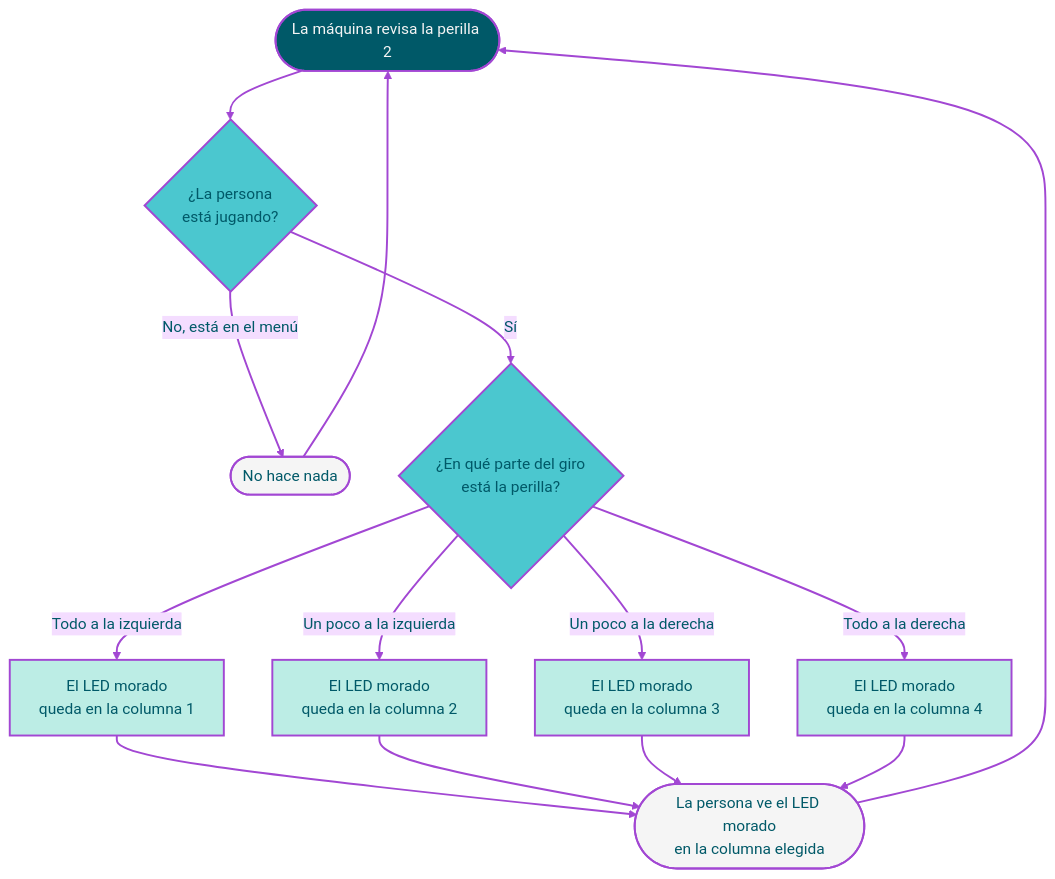
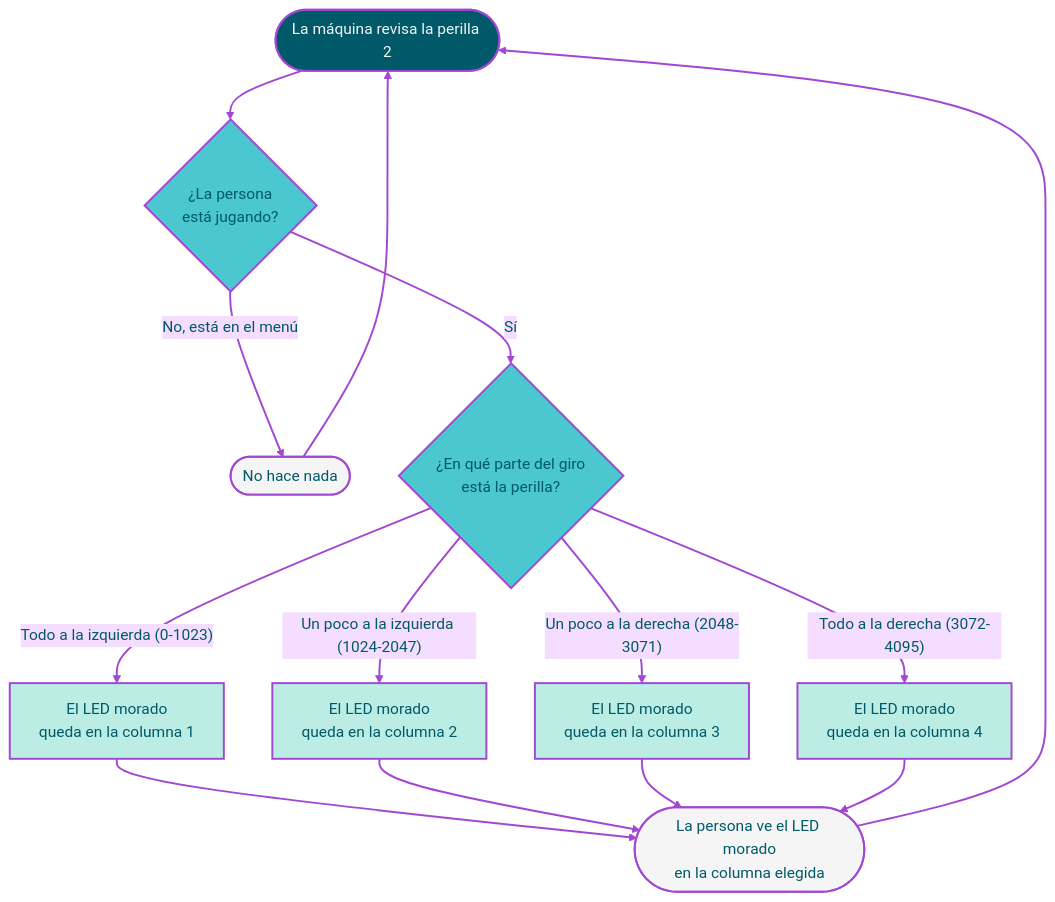
The sixth of 6 diagrams in 00-proyecto-2/grupo-05/README.md (Narelyriquelme/dis8645-2026-2-procesos-2), drawn with Mermaid before and after one commit. The commit also changed other lines of this file, not shown here.

````diff
--- a/00-proyecto-2/grupo-05/README.md
+++ b/00-proyecto-2/grupo-05/README.md
@@ -303,31 +303,31 @@
 ```mermaid
 %%{init: {'theme':'base','themeVariables':{'fontFamily':'Arial','lineColor':'#A247D3','primaryTextColor':'#005968'}}}%%
 flowchart TD
     A([La máquina revisa la perilla 2]) --> B{"¿La persona<br/>está jugando?"}
     B -- No, está en el menú --> C(["No hace nada"])
     C --> A
 
     B -- Sí --> D{"¿En qué parte del giro<br/>está la perilla?"}
-    D -- Todo a la izquierda --> E["El LED morado<br/>queda en la columna 1"]
-    D -- Un poco a la izquierda --> F["El LED morado<br/>queda en la columna 2"]
-    D -- Un poco a la derecha --> G["El LED morado<br/>queda en la columna 3"]
-    D -- Todo a la derecha --> H["El LED morado<br/>queda en la columna 4"]
+    D -- Todo a la izquierda (0-1023) --> E["El LED morado<br/>queda en la columna 1"]
+    D -- Un poco a la izquierda (1024-2047) --> F["El LED morado<br/>queda en la columna 2"]
+    D -- Un poco a la derecha (2048-3071) --> G["El LED morado<br/>queda en la columna 3"]
+    D -- Todo a la derecha (3072-4095) --> H["El LED morado<br/>queda en la columna 4"]
 
     E --> I(["La persona ve el LED morado<br/>en la columna elegida"])
     F --> I
     G --> I
     H --> I
     I --> A
 
     classDef inicio fill:#005968,stroke:#A247D3,stroke-width:2px,color:#F5F5F5;
     classDef decision fill:#4BC7CF,stroke:#A247D3,stroke-width:2px,color:#005968;
     classDef proceso fill:#BCEDE5,stroke:#A247D3,stroke-width:2px,color:#005968;
     classDef aviso fill:#F5F5F5,stroke:#A247D3,stroke-width:2px,color:#005968;
 
     class A inicio;
     class B,D decision;
     class E,F,G,H proceso;
     class C,I aviso;
 
     linkStyle default stroke:#A247D3,stroke-width:2px;
 ```
````
